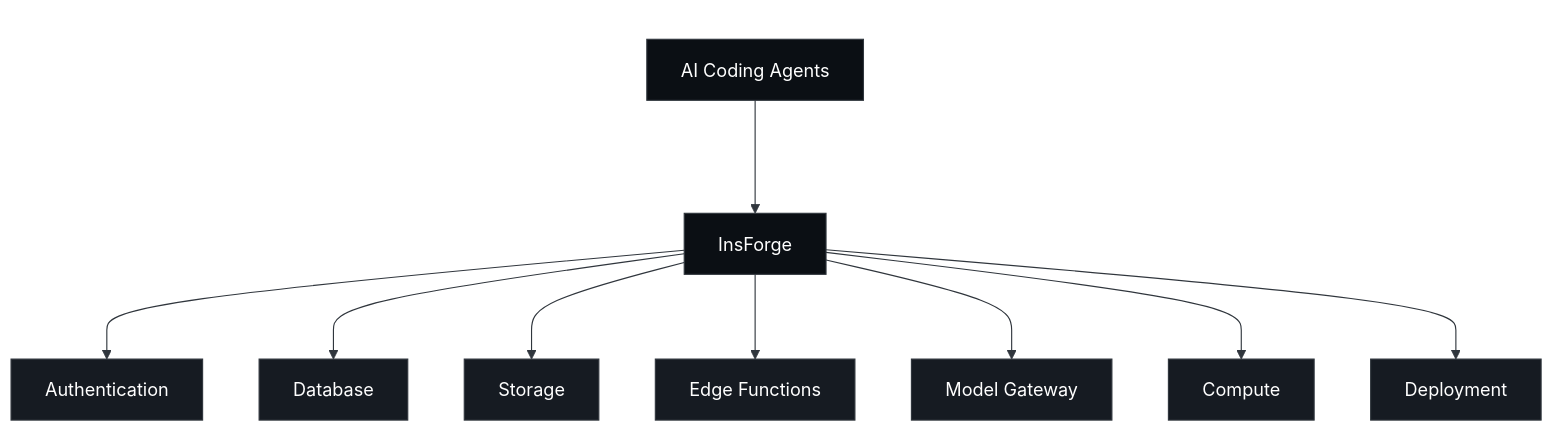
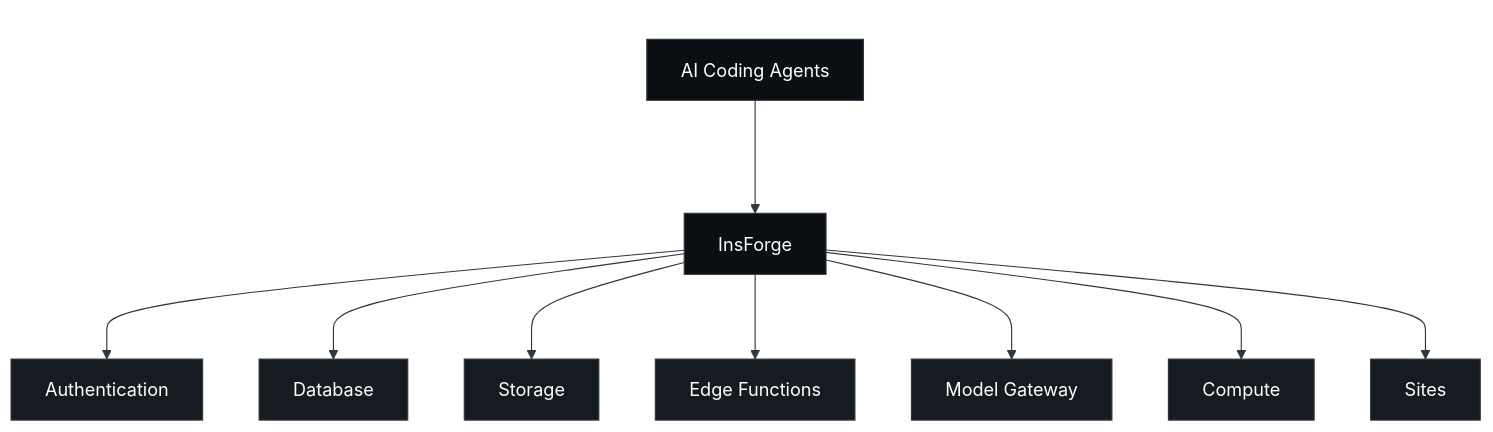
One commit to InsForge/InsForge changed the diagram in README.md. Above: the diagram before and after it, drawn with Mermaid. The commit also changed other lines of this file and 18 other files, not shown here.

````diff
--- a/README.md
+++ b/README.md
@@ -58,32 +58,32 @@
 ```mermaid
 graph TB
 
     subgraph TOP[" "]
         AG[AI Coding Agents]
     end
 
     subgraph MID[" "]
         SL[InsForge]
     end
 
     AG --> SL
 
     SL --> AUTH[Authentication]
     SL --> DB[Database]
     SL --> ST[Storage]
     SL --> EF[Edge Functions]
     SL --> MG[Model Gateway]
     SL --> CP[Compute]
-    SL --> DEP[Deployment]
+    SL --> DEP[Sites]
 
     classDef bar fill:#0b0f14,stroke:#30363d,stroke-width:1px,color:#ffffff
     classDef card fill:#161b22,stroke:#30363d,stroke-width:1px,color:#ffffff
 
     class AG,SL bar
     class AUTH,DB,ST,EF,MG,CP,DEP card
 
     style TOP fill:transparent,stroke:transparent
     style MID fill:transparent,stroke:transparent
 
     linkStyle default stroke:#30363d,stroke-width:1px
 ```
````
